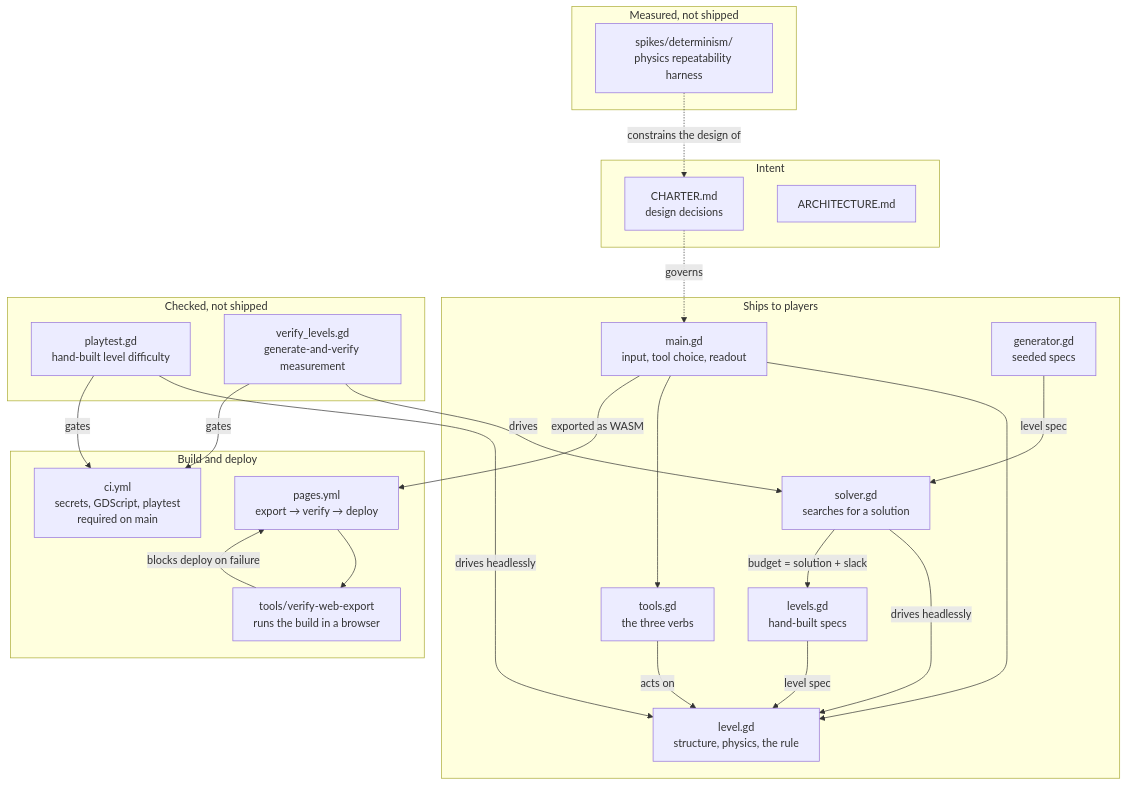
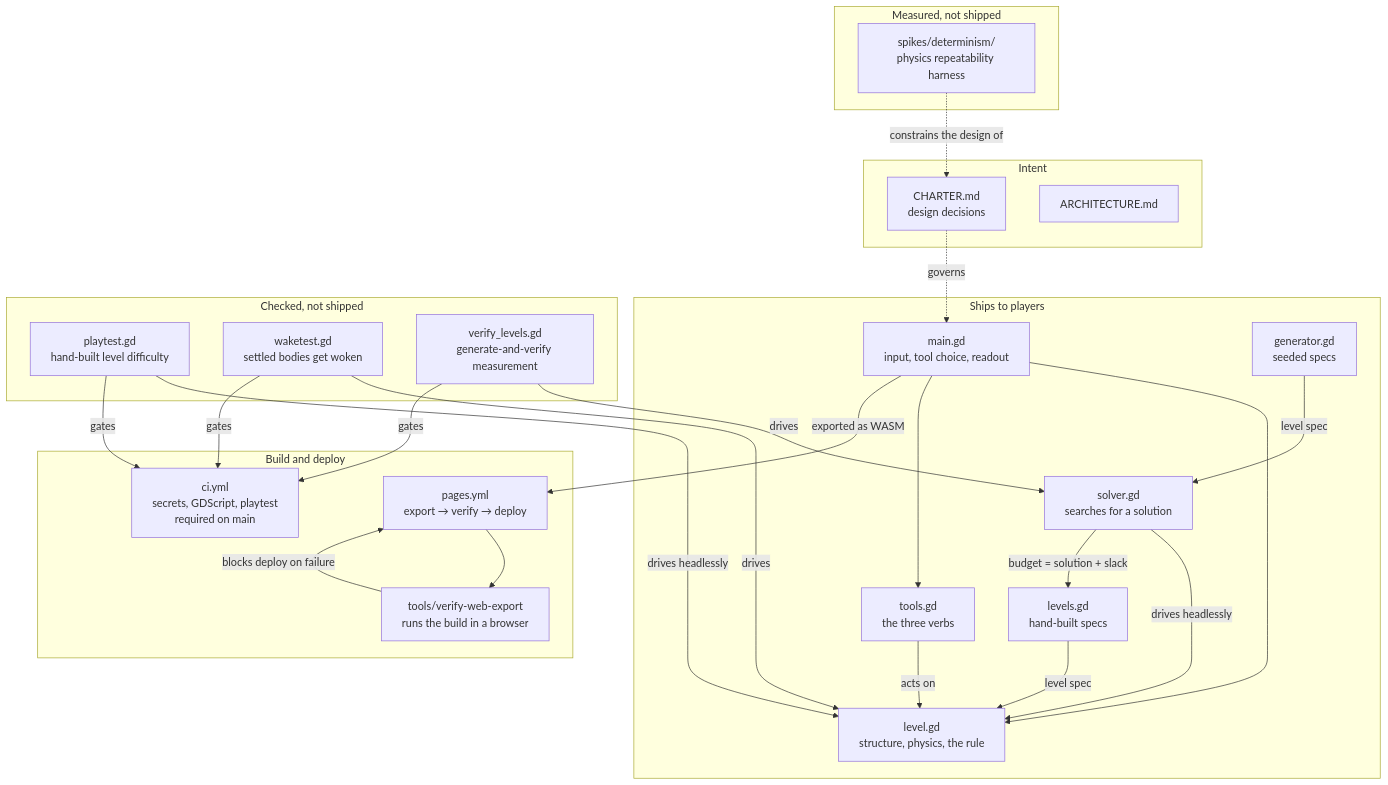
The first of 3 diagrams in ARCHITECTURE.md (CoderCoop/CrumplZone), drawn with Mermaid before and after one commit. The commit also changed other lines of this file and 9 other files, not shown here.

````diff
--- a/ARCHITECTURE.md
+++ b/ARCHITECTURE.md
@@ -12,48 +12,51 @@
 ```mermaid
 graph TD
     subgraph ships["Ships to players"]
         main["main.gd<br/>input, tool choice, readout"]
         level["level.gd<br/>structure, physics, the rule"]
         tools["tools.gd<br/>the three verbs"]
         levels["levels.gd<br/>hand-built specs"]
         generator["generator.gd<br/>seeded specs"]
         solver["solver.gd<br/>searches for a solution"]
     end
 
     subgraph checks["Checked, not shipped"]
         playtest["playtest.gd<br/>hand-built level difficulty"]
+        waketest["waketest.gd<br/>settled bodies get woken"]
         verifylv["verify_levels.gd<br/>generate-and-verify measurement"]
     end
 
     subgraph build["Build and deploy"]
         pages["pages.yml<br/>export → verify → deploy"]
         verify["tools/verify-web-export<br/>runs the build in a browser"]
         ci["ci.yml<br/>secrets, GDScript, playtest<br/>required on main"]
     end
 
     subgraph knowledge["Measured, not shipped"]
         spike["spikes/determinism/<br/>physics repeatability harness"]
     end
 
     subgraph docs["Intent"]
         charter["CHARTER.md<br/>design decisions"]
         arch["ARCHITECTURE.md"]
     end
 
     main --> level
     main --> tools
     levels -->|level spec| level
     tools -->|acts on| level
     generator -->|level spec| solver
     solver -->|drives headlessly| level
     solver -->|budget = solution + slack| levels
     playtest -->|drives headlessly| level
     verifylv -->|drives| solver
     playtest -->|gates| ci
+    waketest -->|drives| level
+    waketest -->|gates| ci
     verifylv -->|gates| ci
     main -->|exported as WASM| pages
     pages --> verify
     verify -->|blocks deploy on failure| pages
     spike -.->|constrains the design of| charter
     charter -.->|governs| main
 ```
````
